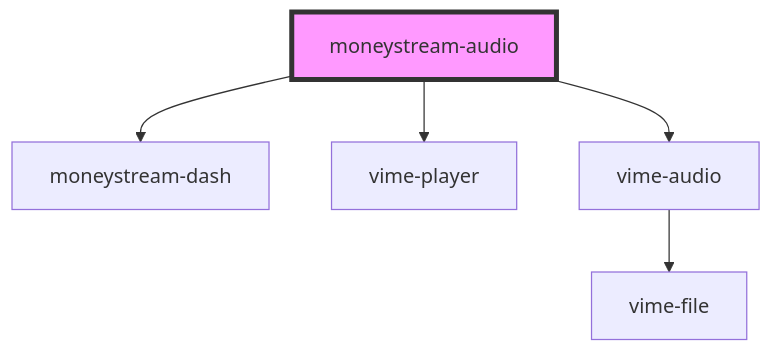
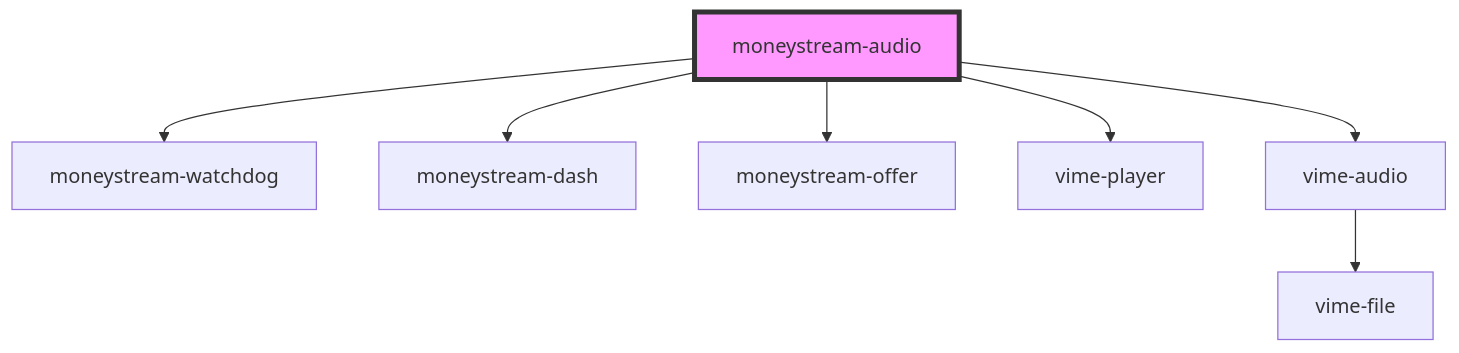
Before and after one commit to moneystreamdev/moneystream-components: the diagram in src/components/moneystream-audio/readme.md, drawn with Mermaid. The commit also changed other lines of this file and 9 other files, not shown here.

````diff
--- a/src/components/moneystream-audio/readme.md
+++ b/src/components/moneystream-audio/readme.md
@@ -29,8 +33,10 @@
 ```mermaid
 graph TD;
+  moneystream-audio --> moneystream-watchdog
   moneystream-audio --> moneystream-dash
+  moneystream-audio --> moneystream-offer
   moneystream-audio --> vime-player
   moneystream-audio --> vime-audio
   vime-audio --> vime-file
   style moneystream-audio fill:#f9f,stroke:#333,stroke-width:4px
 ```
````
